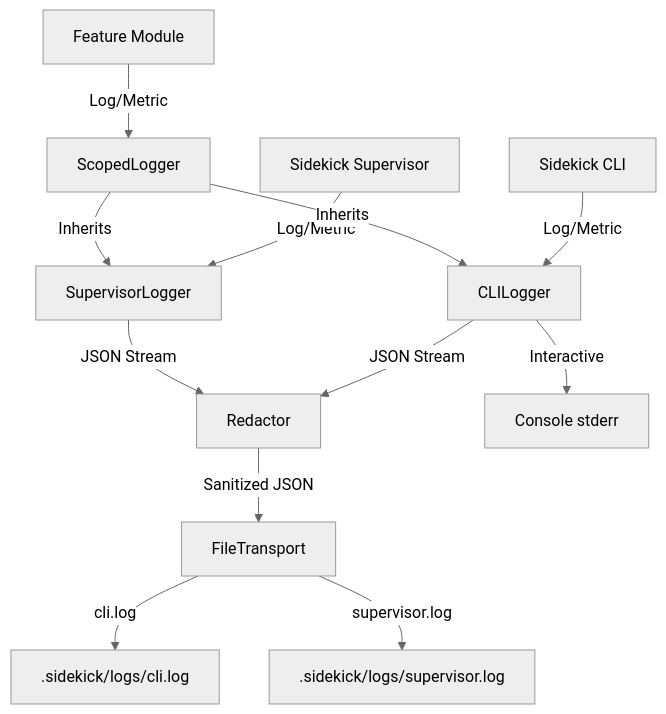
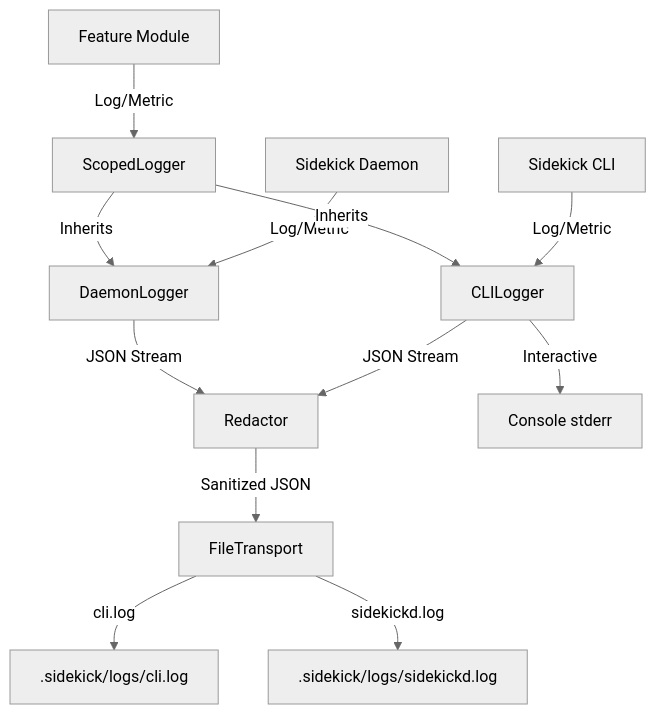
The diagram in docs/design/STRUCTURED-LOGGING.md (scotthamilton77/claude-code-sidekick), drawn with Mermaid (neutral theme) before and after one commit. The commit also changed other lines of this file and 101 other files, not shown here.

First line of the commit message:
refactor(rename): complete supervisor -> daemon rename

````diff
--- a/docs/design/STRUCTURED-LOGGING.md
+++ b/docs/design/STRUCTURED-LOGGING.md
@@ -42,14 +42,14 @@
 ```mermaid
 graph TD
     CLI[Sidekick CLI] -->|Log/Metric| CLILogger
-    Supervisor[Sidekick Supervisor] -->|Log/Metric| SupervisorLogger
+    Daemon[Sidekick Daemon] -->|Log/Metric| DaemonLogger
     Feature[Feature Module] -->|Log/Metric| ScopedLogger
     ScopedLogger -->|Inherits| CLILogger
-    ScopedLogger -->|Inherits| SupervisorLogger
+    ScopedLogger -->|Inherits| DaemonLogger
     CLILogger -->|JSON Stream| Redactor
-    SupervisorLogger -->|JSON Stream| Redactor
+    DaemonLogger -->|JSON Stream| Redactor
     Redactor -->|Sanitized JSON| FileTransport
     FileTransport -->|cli.log| CLIFile[.sidekick/logs/cli.log]
-    FileTransport -->|supervisor.log| SupervisorFile[.sidekick/logs/supervisor.log]
+    FileTransport -->|sidekickd.log| DaemonFile[.sidekick/logs/sidekickd.log]
     CLILogger -->|Interactive| PrettyTransport[Console stderr]
 ```
````
